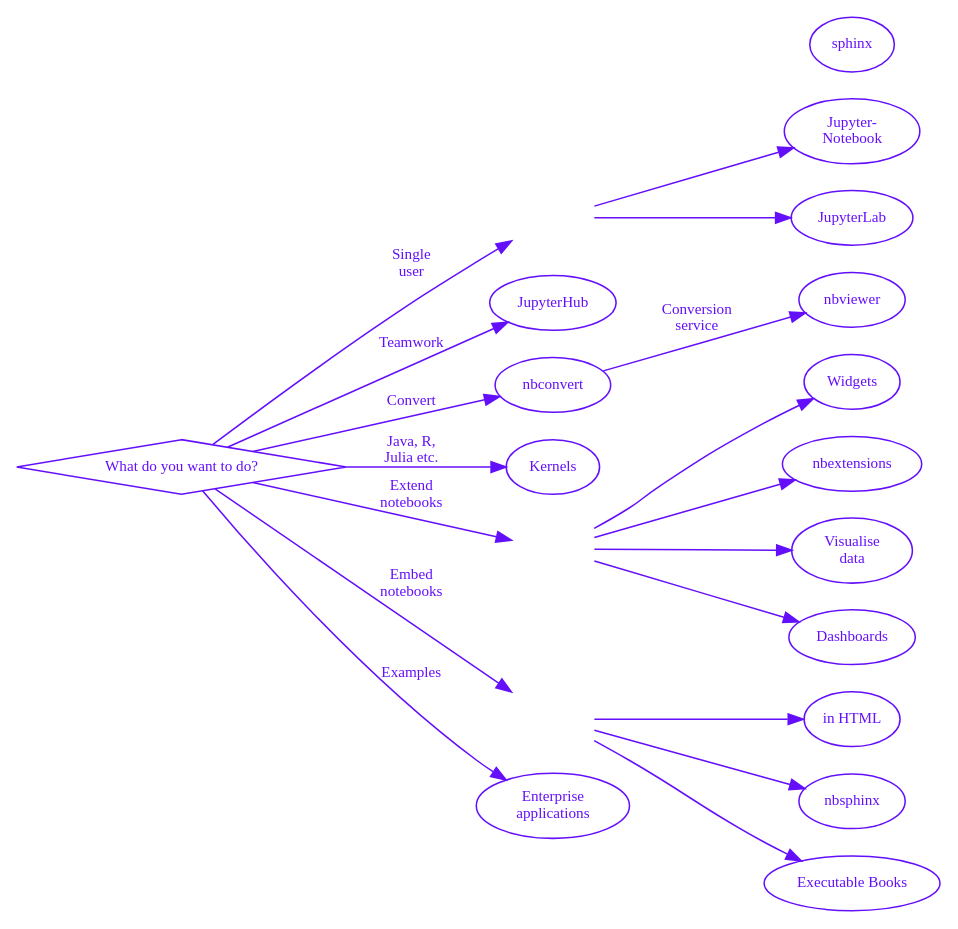
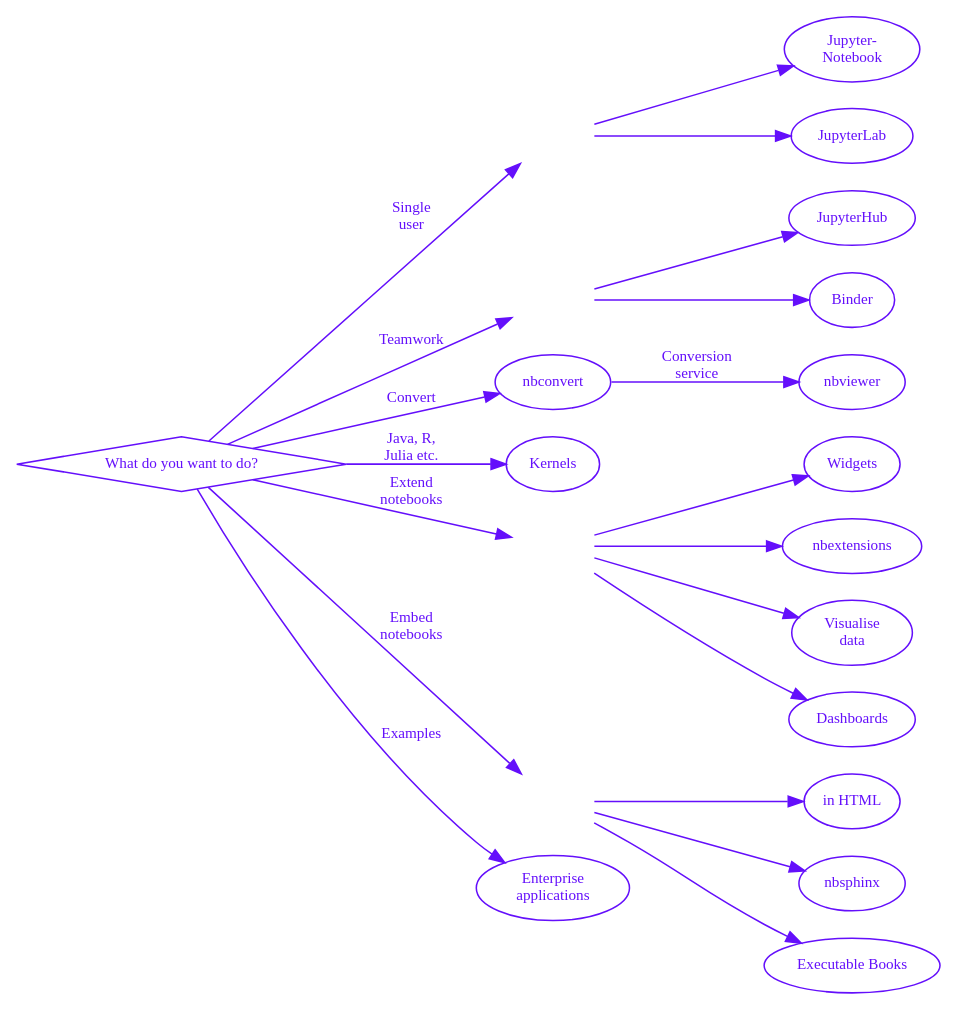
Before and after one commit to veit/jupyter-tutorial: the diagram in docs/index.rst, drawn with Graphviz. The commit also changed other lines of this file and 1 other file, not shown here.

Commit message:
:memo: Add Binder

```diff
--- a/docs/index.rst
+++ b/docs/index.rst
@@ -29,11 +29,10 @@
              shape=plaintext,
              label=" ",
              tooltip="Single user"]
-        hub [
-            label="JupyterHub",
-            tooltip="Install\nJupyterHub",
-            target="_top",
-            href="../hub/index.html"]
+        team [
+            shape=plaintext,
+            label=" ",
+            tooltip="Team"]
         nbconvert [
             label="nbconvert",
             tooltip="Install and\nuse nbconvert",
@@ -73,6 +72,21 @@
              tooltip="Install JupyterLab locally",
              target="_top",
              href="../jupyterlab/index.html"]
+         hub [
+             label="JupyterHub",
+             tooltip="Install\nJupyterHub",
+             target="_top",
+             href="../hub/index.html"]
+         binder [
+             label="Binder",
+             tooltip="Binder tools",
+             target="_top",
+             href="../binder.html"]
+         nbviewer [
+             label="nbviewer",
+             tooltip="Install and use nbviewer",
+             target="_top",
+             href="../nbviewer.html"]
         widgets [
             label="Widgets",
             tooltip="Install and\nuse ipywidgets",
@@ -110,7 +124,7 @@
             href="../sphinx/executablebooks.html"]
         // Edges
         what -> singleuser [label="Single\nuser"]
-        what -> hub [label="Teamwork"]
+        what -> team [label="Teamwork"]
         what -> nbconvert [label="Convert"]
         nbconvert -> nbviewer [label="Conversion\nservice"]
         what -> kernels [label="Java, R,\nJulia etc."]
@@ -118,13 +132,13 @@
         what -> embed [label="Embed\nnotebooks"]
         what -> examples [label="Examples"]
         singleuser -> {notebook jupyterlab}
+        team -> {hub binder}
         extensions -> {widgets extend viz dash}
         embed -> {html nbsphinx executablebooks}
         // Arrangement
         rankdir="LR"
         {rank = same; what;}
-        {rank = same; singleuser; hub; nbconvert; kernels; extensions; embed;
-                examples;}
+        {rank = same; notebook; jupyterlab; hub; binder; widgets; extend; viz;
+                dash; html}
         {rank = same; widgets; extend; viz; dash;}
-        {rank = same; html; sphinx}
     }
```
